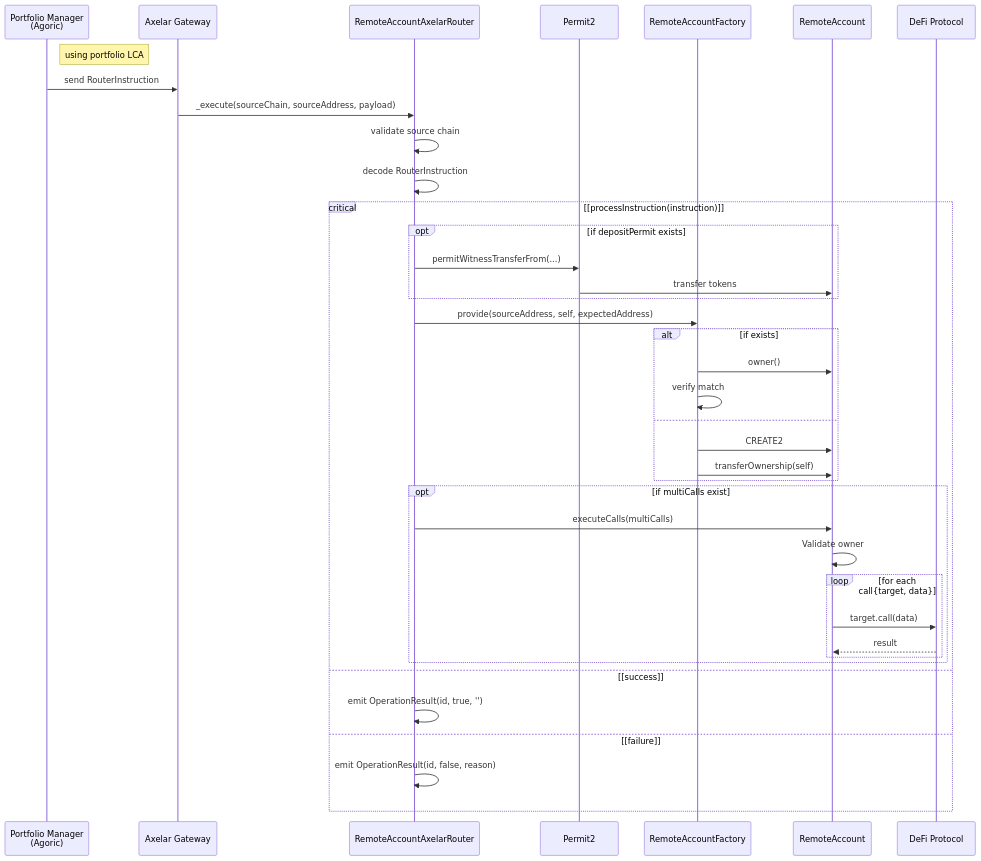
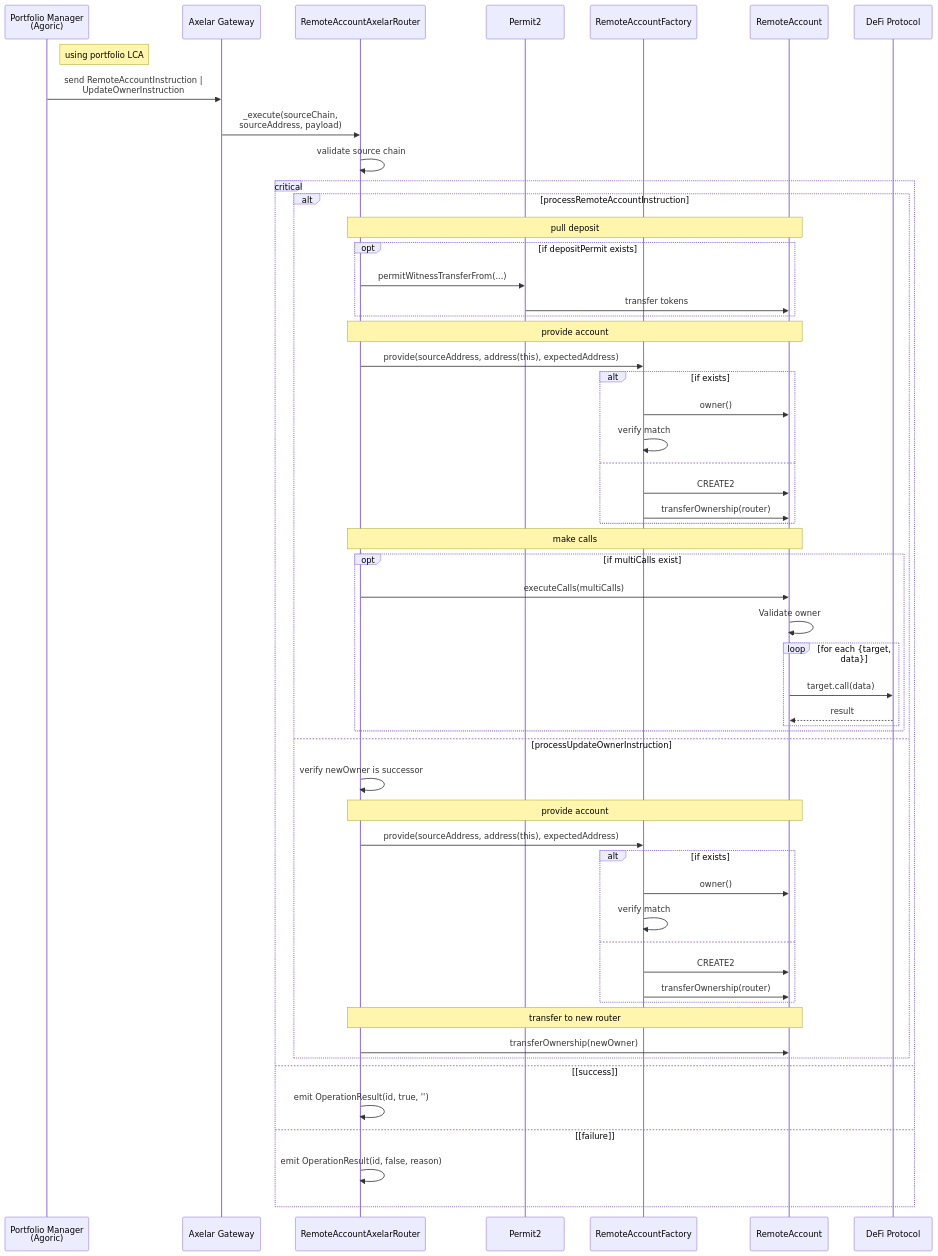
The sixth of 8 diagrams in packages/axelar-local-dev-cosmos/src/contracts/design.md (agoric-labs/agoric-to-axelar-local), drawn with Mermaid before and after one commit. The commit also changed other lines of this file, not shown here.

Commit message:
Update diagrams for #65

````diff
--- a/packages/axelar-local-dev-cosmos/src/contracts/design.md
+++ b/packages/axelar-local-dev-cosmos/src/contracts/design.md
@@ -304,46 +336,65 @@
 ```mermaid
 sequenceDiagram
     participant PM as Portfolio Manager<br/>(Agoric)
     participant AXL as Axelar Gateway
     participant PR as RemoteAccountAxelarRouter
     participant P2 as Permit2
     participant RAF as RemoteAccountFactory
     participant RA as RemoteAccount
     participant DEFI as DeFi Protocol
-    
+
     Note right of PM: using portfolio LCA
-    PM->>AXL: send RouterInstruction
-    AXL->>PR: _execute(sourceChain, sourceAddress, payload)
-    
+    PM->>AXL: send RemoteAccountInstruction |<br>UpdateOwnerInstruction
+    AXL->>PR: _execute(sourceChain,<br>sourceAddress, payload)
+
     PR->>PR: validate source chain
-    PR->>PR: decode RouterInstruction
-    
-    critical [processInstruction(instruction)]
-        opt if depositPermit exists
-            PR->>P2: permitWitnessTransferFrom(...)
-            P2->>RA: transfer tokens
-        end
 
-        PR->>RAF: provide(sourceAddress, self, expectedAddress)
-        alt if exists
-            RAF->>RA: owner()
-            RAF->>RAF: verify match
-        else
-            RAF->>RA: CREATE2
-            RAF->>RA: transferOwnership(self)
-        end
+    critical
+        alt processRemoteAccountInstruction
+            Note over PR,RA: pull deposit
+            opt if depositPermit exists
+                PR->>P2: permitWitnessTransferFrom(...)
+                P2->>RA: transfer tokens
+            end
 
-        opt if multiCalls exist
-            PR->>RA: executeCalls(multiCalls)
-            RA->>RA: Validate owner
-            loop for each call{target, data}
-                RA->>DEFI: target.call(data)
-                DEFI-->>RA: result
+            Note over PR,RA: provide account
+            PR->>RAF: provide(sourceAddress, address(this), expectedAddress)
+            alt if exists
+                RAF->>RA: owner()
+                RAF->>RAF: verify match
+            else
+                RAF->>RA: CREATE2
+                RAF->>RA: transferOwnership(router)
             end
+
+            Note over PR,RA: make calls
+            opt if multiCalls exist
+                PR->>RA: executeCalls(multiCalls)
+                RA->>RA: Validate owner
+                loop for each {target, data}
+                    RA->>DEFI: target.call(data)
+                    DEFI-->>RA: result
+                end
+            end
+        else processUpdateOwnerInstruction
+            PR->>PR: verify newOwner is successor
+
+            Note over PR,RA: provide account
+            PR->>RAF: provide(sourceAddress, address(this), expectedAddress)
+            alt if exists
+                RAF->>RA: owner()
+                RAF->>RAF: verify match
+            else
+                RAF->>RA: CREATE2
+                RAF->>RA: transferOwnership(router)
+            end
+
+            Note over PR,RA: transfer to new router
+            PR->>RA: transferOwnership(newOwner)
         end
     option [success]
         PR->>PR: emit OperationResult(id, true, '')
     option [failure]
         PR->>PR: emit OperationResult(id, false, reason)
     end
 ```
````
